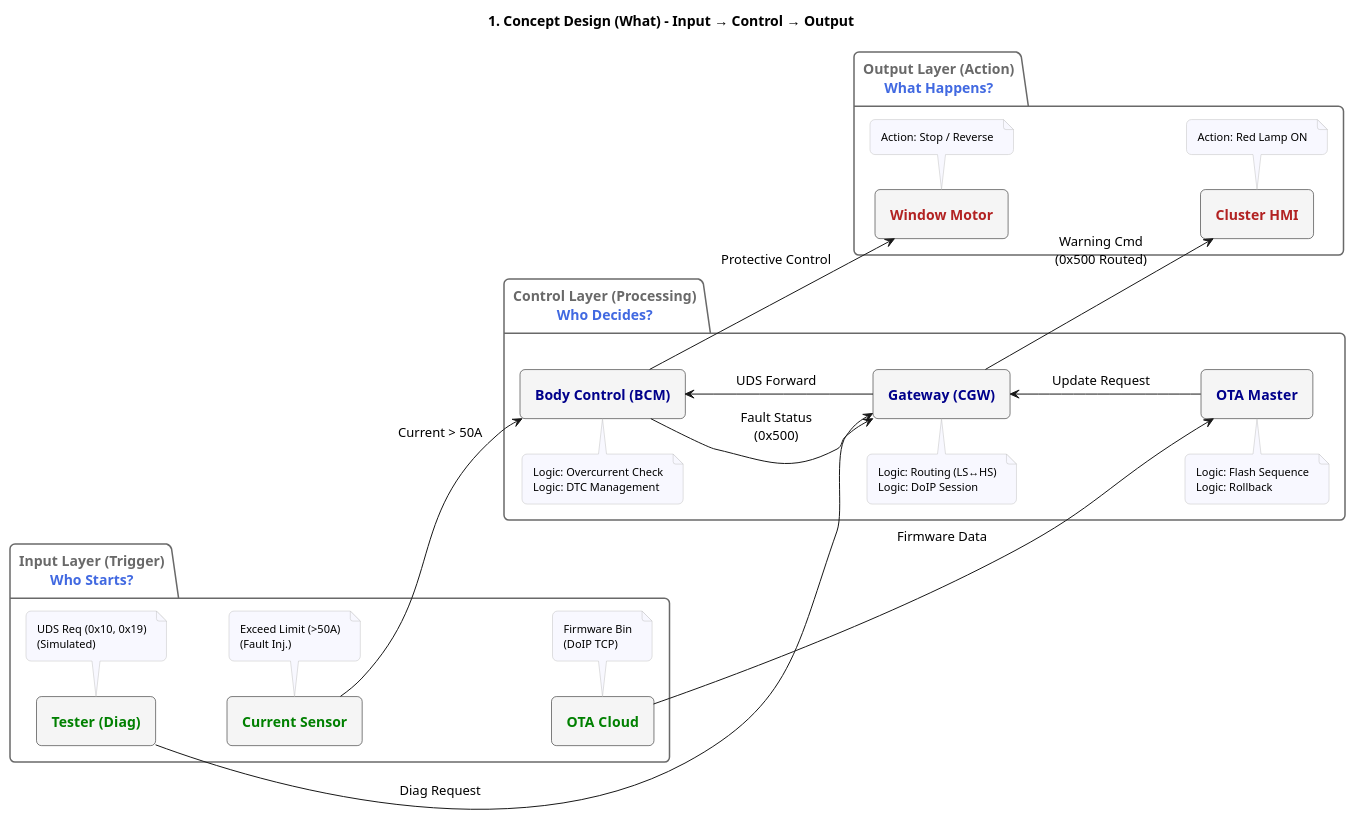
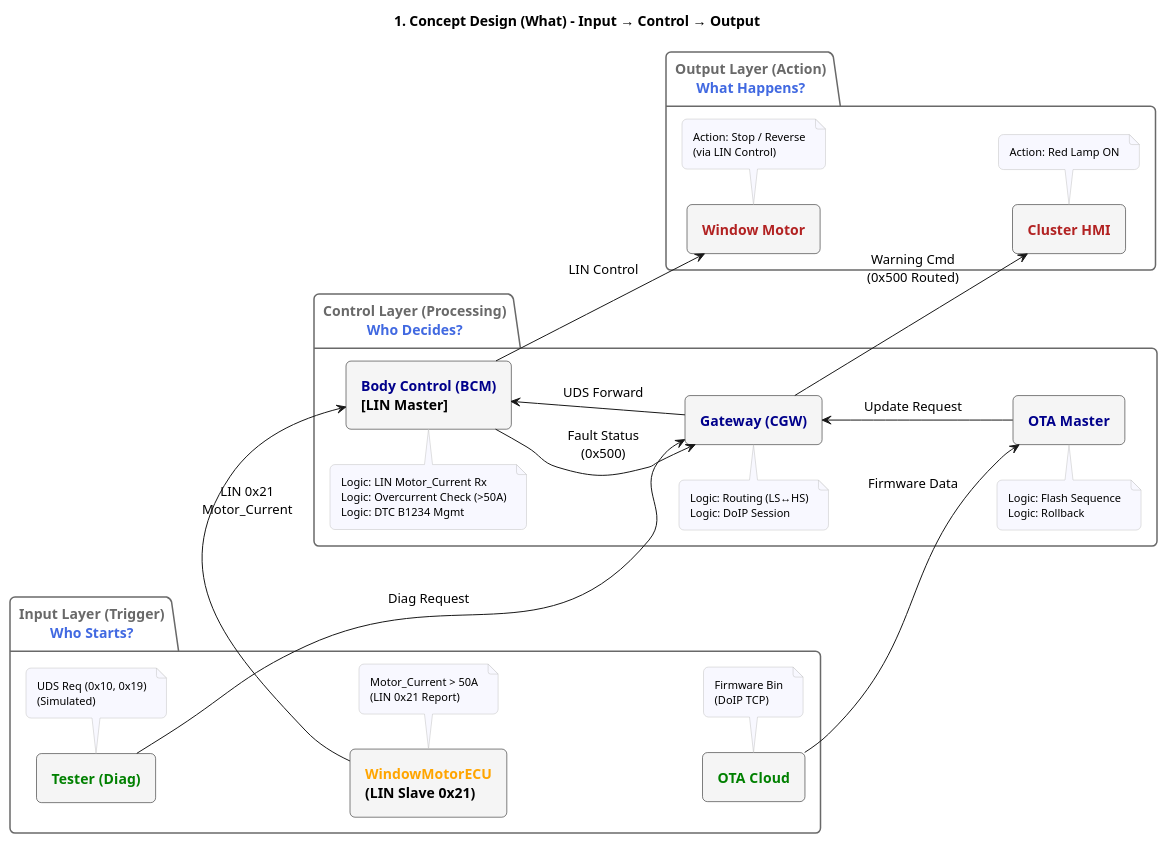
Before and after one commit to VectorCANoe/canoe-driving-alert: the diagram in docs/sample/02_archive/02_PUML_Revisions/02_System_Architecture.puml, drawn with PlantUML. The commit also changed 5 other files, not shown here.

Commit message:
feat: diagram design revision

```diff
--- a/docs/sample/02_archive/02_PUML_Revisions/02_System_Architecture.puml
+++ b/docs/sample/02_archive/02_PUML_Revisions/02_System_Architecture.puml
@@ -1,82 +1,81 @@
 @startuml
 title 1. Concept Design (What) - Input → Control → Output
 left to right direction
 skinparam componentStyle rectangle
 skinparam shadowing false
 skinparam handwritten false
 skinparam roundcorner 10
 skinparam padding 5
 
 ' --- Colors & Style ---
 skinparam package {
     BackgroundColor White
     BorderColor DimGray
     FontColor DimGray
 }
 
 skinparam component {
     BackgroundColor WhiteSmoke
     BorderColor Black
     FontSize 14
     FontStyle bold
 }
 
 skinparam note {
     BackgroundColor GhostWhite
     BorderColor Silver
     FontSize 11
 }
 
 ' --- Elements ---
 package "Input Layer (Trigger)\n<color:RoyalBlue>Who Starts?</color>" as INPUT {
     component "<color:Green>Tester (Diag)</color>" as TESTER
-    component "<color:Green>Current Sensor</color>" as SENSOR
+    component "<color:Orange>WindowMotorECU</color>\n(LIN Slave 0x21)" as WM_ECU
     component "<color:Green>OTA Cloud</color>" as CLOUD
 
     note bottom of TESTER : UDS Req (0x10, 0x19)\n(Simulated)
-    note bottom of SENSOR : Exceed Limit (>50A)\n(Fault Inj.)
+    note bottom of WM_ECU : Motor_Current > 50A\n(LIN 0x21 Report)
     note bottom of CLOUD : Firmware Bin\n(DoIP TCP)
 }
 
 package "Control Layer (Processing)\n<color:RoyalBlue>Who Decides?</color>" as CONTROL {
-    component "<color:DarkBlue>Body Control (BCM)</color>" as BCM
+    component "<color:DarkBlue>Body Control (BCM)</color>\n[LIN Master]" as BCM
     component "<color:DarkBlue>Gateway (CGW)</color>" as GW
     component "<color:DarkBlue>OTA Master</color>" as OTA
 
-    note top of BCM : Logic: Overcurrent Check\nLogic: DTC Management
+    note top of BCM : Logic: LIN Motor_Current Rx\nLogic: Overcurrent Check (>50A)\nLogic: DTC B1234 Mgmt
     note top of GW : Logic: Routing (LS↔HS)\nLogic: DoIP Session
     note top of OTA : Logic: Flash Sequence\nLogic: Rollback
 }
 
 package "Output Layer (Action)\n<color:RoyalBlue>What Happens?</color>" as OUTPUT {
     component "<color:FireBrick>Window Motor</color>" as MOTOR
     component "<color:FireBrick>Cluster HMI</color>" as CLUSTER
 
-    note bottom of MOTOR : Action: Stop / Reverse
+    note bottom of MOTOR : Action: Stop / Reverse\n(via LIN Control)
     note bottom of CLUSTER : Action: Red Lamp ON
 }
 
 ' --- Connections (Hidden Lines for Layout) ---
-' Adjust vertical alignment within packages
-TESTER -[hidden]- SENSOR
-SENSOR -[hidden]- CLOUD
+TESTER -[hidden]- WM_ECU
+WM_ECU -[hidden]- CLOUD
 
 BCM -[hidden]- GW
 GW -[hidden]- OTA
 
 MOTOR -[hidden]- CLUSTER
 
 ' --- Real Connections ---
 TESTER --> GW : "Diag Request"
-SENSOR --> BCM : "Current > 50A"
+WM_ECU -right-> BCM : "LIN 0x21\nMotor_Current"
 CLOUD --> OTA : "Firmware Data"
 
 GW --> BCM : "UDS Forward"
 OTA --> GW : "Update Request"
 
 BCM --> GW : "Fault Status\n(0x500)"
-BCM --> MOTOR : "Protective Control"
+BCM -right-> MOTOR : "LIN Control"
 
 GW --> CLUSTER : "Warning Cmd\n(0x500 Routed)"
 
 @enduml
```
